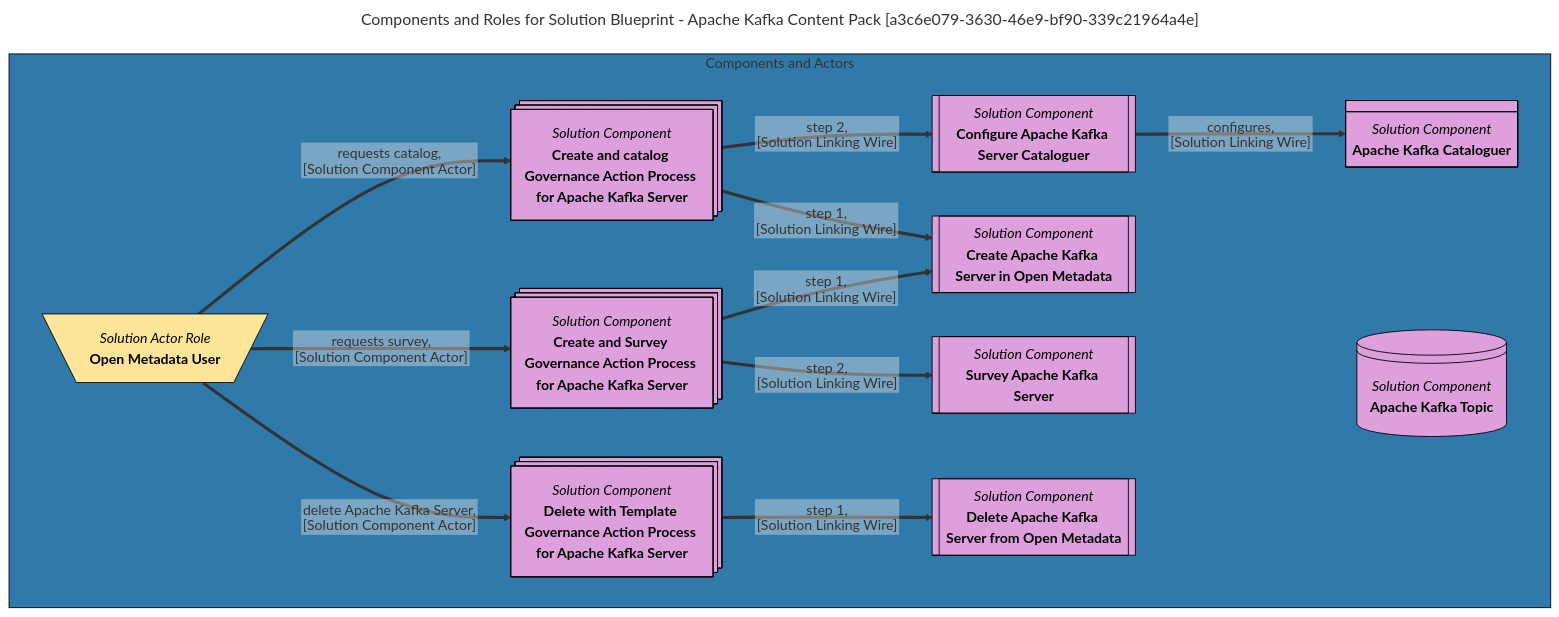
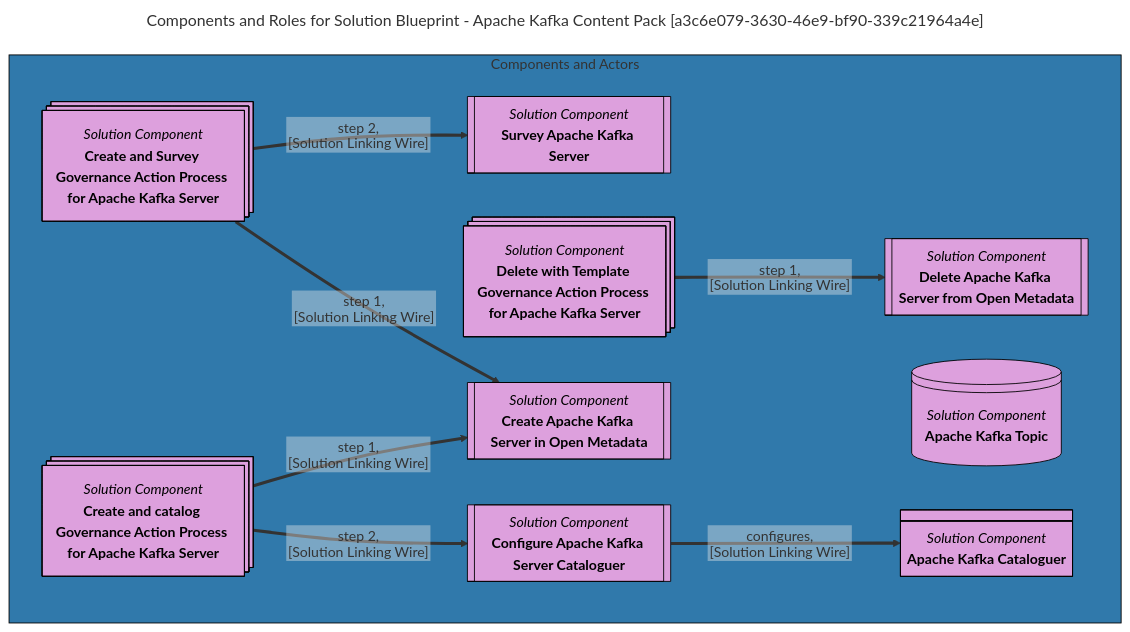
The diagram in site/snippets/blueprints/content-packs/apache-kafka-content-pack-solution-blueprint-mermaid-graph.md (odpi/egeria-docs), drawn with Mermaid before and after one commit. The commit also changed other lines of this file and 62 other files, not shown here.

````diff
--- a/site/snippets/blueprints/content-packs/apache-kafka-content-pack-solution-blueprint-mermaid-graph.md
+++ b/site/snippets/blueprints/content-packs/apache-kafka-content-pack-solution-blueprint-mermaid-graph.md
@@ -1,68 +1,59 @@
 ```mermaid
 ---
 title: Components and Roles for Solution Blueprint - Apache Kafka Content Pack [a3c6e079-3630-46e9-bf90-339c21964a4e]
 ---
 flowchart TD
 %%{init: {"flowchart": {"htmlLabels": false}} }%%
 
 subgraph 1 [Components and Actors]
-2@{ shape: div-rect, label: "*Solution Component*
+2@{ shape: subproc, label: "*Solution Component*
+**Delete Apache Kafka Server from Open Metadata**"}
+3@{ shape: processes, label: "*Solution Component*
+**Create and Survey Governance Action Process for Apache Kafka Server**"}
+4@{ shape: subproc, label: "*Solution Component*
+**Create Apache Kafka Server in Open Metadata**"}
+5@{ shape: processes, label: "*Solution Component*
+**Create and catalog Governance Action Process for Apache Kafka Server**"}
+6@{ shape: processes, label: "*Solution Component*
+**Delete with Template Governance Action Process for Apache Kafka Server**"}
+7@{ shape: lin-cyl, label: "*Solution Component*
+**Apache Kafka Topic**"}
+8@{ shape: subproc, label: "*Solution Component*
+**Survey Apache Kafka Server**"}
+9@{ shape: div-rect, label: "*Solution Component*
 **Apache Kafka Cataloguer**"}
-3@{ shape: subproc, label: "*Solution Component*
+10@{ shape: subproc, label: "*Solution Component*
 **Configure Apache Kafka Server Cataloguer**"}
-4@{ shape: lin-cyl, label: "*Solution Component*
-**Apache Kafka Topic**"}
-5@{ shape: processes, label: "*Solution Component*
-**Delete with Template Governance Action Process for Apache Kafka Server**"}
-6@{ shape: subproc, label: "*Solution Component*
-**Create Apache Kafka Server in Open Metadata**"}
-7@{ shape: processes, label: "*Solution Component*
-**Create and Survey Governance Action Process for Apache Kafka Server**"}
-8@{ shape: processes, label: "*Solution Component*
-**Create and catalog Governance Action Process for Apache Kafka Server**"}
-9@{ shape: subproc, label: "*Solution Component*
-**Survey Apache Kafka Server**"}
-10@{ shape: subproc, label: "*Solution Component*
-**Delete Apache Kafka Server from Open Metadata**"}
-3==>|"configures,
+6==>|"step 1,
 [Solution Linking Wire]"|2
-8==>|"step 2,
-[Solution Linking Wire]"|3
-11@{ shape: trap-t, label: "*Solution Actor Role*
-**Open Metadata User**"}
-11==>|"delete Apache Kafka Server,
-[Solution Component Actor]"|5
+3==>|"step 2,
+[Solution Linking Wire]"|8
+3==>|"step 1,
+[Solution Linking Wire]"|4
 5==>|"step 1,
+[Solution Linking Wire]"|4
+5==>|"step 2,
 [Solution Linking Wire]"|10
-8==>|"step 1,
-[Solution Linking Wire]"|6
-7==>|"step 1,
-[Solution Linking Wire]"|6
-11==>|"requests survey,
-[Solution Component Actor]"|7
-7==>|"step 2,
+10==>|"configures,
 [Solution Linking Wire]"|9
-11==>|"requests catalog,
-[Solution Component Actor]"|8
 end
-style 11 color:#000000, fill:#FFE599, stroke:#000000
 style 1 color:#FFFFFF, fill:#3079ab, stroke:#000000
 style 2 color:#000000, fill:#DDA0DD, stroke:#000000
 style 3 color:#000000, fill:#DDA0DD, stroke:#000000
 style 4 color:#000000, fill:#DDA0DD, stroke:#000000
 style 5 color:#000000, fill:#DDA0DD, stroke:#000000
 style 6 color:#000000, fill:#DDA0DD, stroke:#000000
 style 7 color:#000000, fill:#DDA0DD, stroke:#000000
 style 8 color:#000000, fill:#DDA0DD, stroke:#000000
 style 9 color:#000000, fill:#DDA0DD, stroke:#000000
 style 10 color:#000000, fill:#DDA0DD, stroke:#000000
-click 2 "https://egeria-project.org/concepts/integration-connector/" "Click for more documentation" _blank
-click 3 "https://egeria-project.org/concepts/governance-action-type/" "Click for more documentation" _blank
-click 4 "https://kafka.apache.org/" "Click for more documentation" _blank
+click 2 "https://egeria-project.org/concepts/governance-action-type/" "Click for more documentation" _blank
+click 3 "https://egeria-project.org/egeria-solutions/leveraging-apache-kafka/overview/" "Click for more documentation" _blank
+click 4 "https://egeria-project.org/concepts/governance-action-type/" "Click for more documentation" _blank
 click 5 "https://egeria-project.org/egeria-solutions/leveraging-apache-kafka/overview/" "Click for more documentation" _blank
-click 6 "https://egeria-project.org/concepts/governance-action-type/" "Click for more documentation" _blank
-click 7 "https://egeria-project.org/egeria-solutions/leveraging-apache-kafka/overview/" "Click for more documentation" _blank
-click 8 "https://egeria-project.org/egeria-solutions/leveraging-apache-kafka/overview/" "Click for more documentation" _blank
-click 9 "https://egeria-project.org/concepts/governance-action-type/" "Click for more documentation" _blank
+click 6 "https://egeria-project.org/egeria-solutions/leveraging-apache-kafka/overview/" "Click for more documentation" _blank
+click 7 "https://kafka.apache.org/" "Click for more documentation" _blank
+click 8 "https://egeria-project.org/concepts/governance-action-type/" "Click for more documentation" _blank
+click 9 "https://egeria-project.org/concepts/integration-connector/" "Click for more documentation" _blank
 click 10 "https://egeria-project.org/concepts/governance-action-type/" "Click for more documentation" _blank
 ```
````
